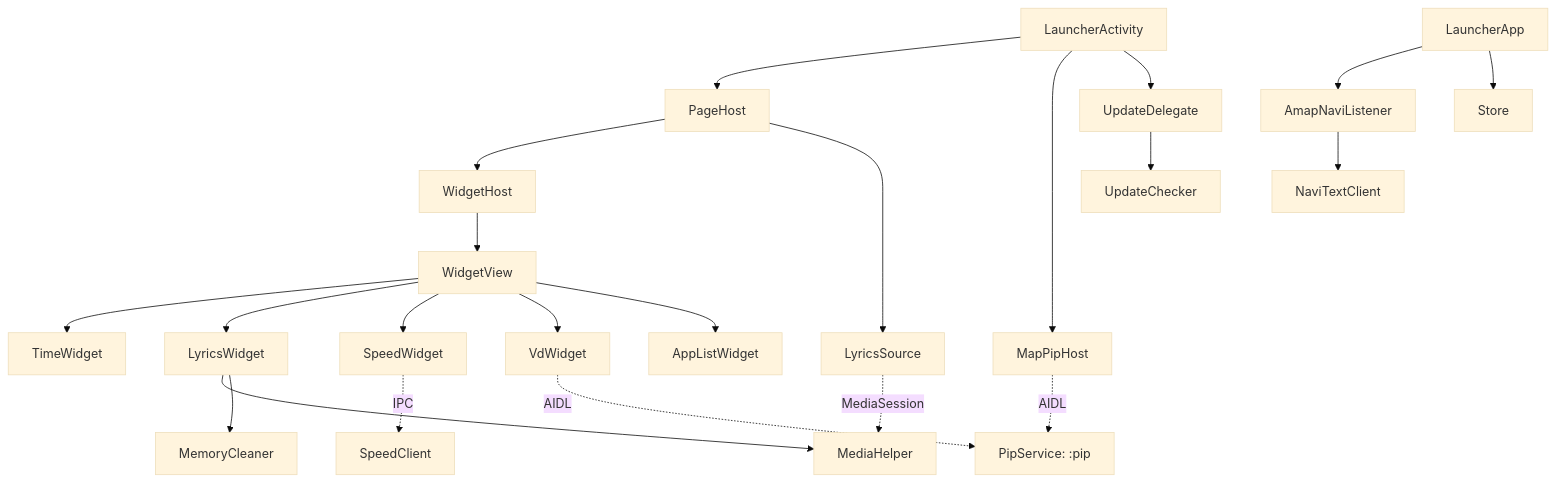
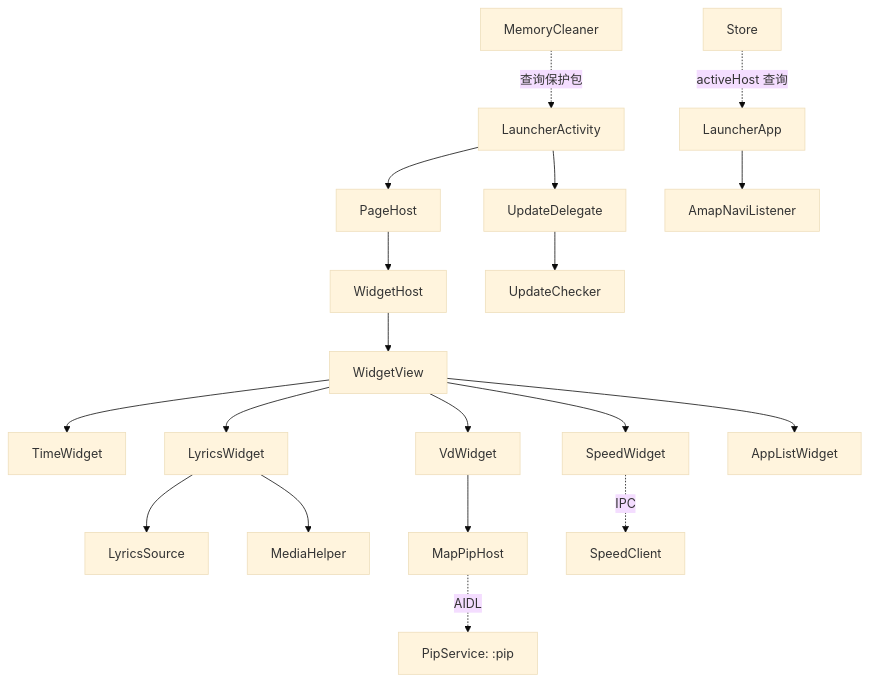
One commit to txq1996/CarLauncher changed the diagram in docs/code-wiki/01-overview.md. Above: the diagram before and after it, drawn with Mermaid (base theme). The commit also changed other lines of this file and 32 other files, not shown here.

````diff
--- a/docs/code-wiki/01-overview.md
+++ b/docs/code-wiki/01-overview.md
@@ -56,24 +56,21 @@
 ```mermaid
 flowchart TD
     A[LauncherActivity] --> H[PageHost]
     H --> W[WidgetHost]
     W --> W1[WidgetView]
     W1 --> T[TimeWidget]
     W1 --> L[LyricsWidget]
     W1 --> S[SpeedWidget]
     W1 --> V[VdWidget]
     W1 --> P[AppListWidget]
-    H --> LY[LyricsSource]
-    V -. AIDL .-> PS[PipService: :pip]
+    L --> LY[LyricsSource]
+    L --> MH[MediaHelper]
+    V --> MG[MapPipHost]
+    MG -. AIDL .-> PS[PipService: :pip]
     S -. IPC .-> SC[SpeedClient]
-    LY -. MediaSession .-> MH[MediaHelper]
-    L --> MH
-    A --> MG[MapPipHost]
-    MG -. AIDL .-> PS
     A --> UD[UpdateDelegate]
     UD --> UC[UpdateChecker]
-    L --> MS[MemoryCleaner]
+    MS[MemoryCleaner] -. 查询保护包 .-> A
     APP[LauncherApp] --> ANL[AmapNaviListener]
-    ANL --> NC[NaviTextClient]
-    APP --> ST[Store]
+    ST[Store] -. activeHost 查询 .-> APP
 ```
````
